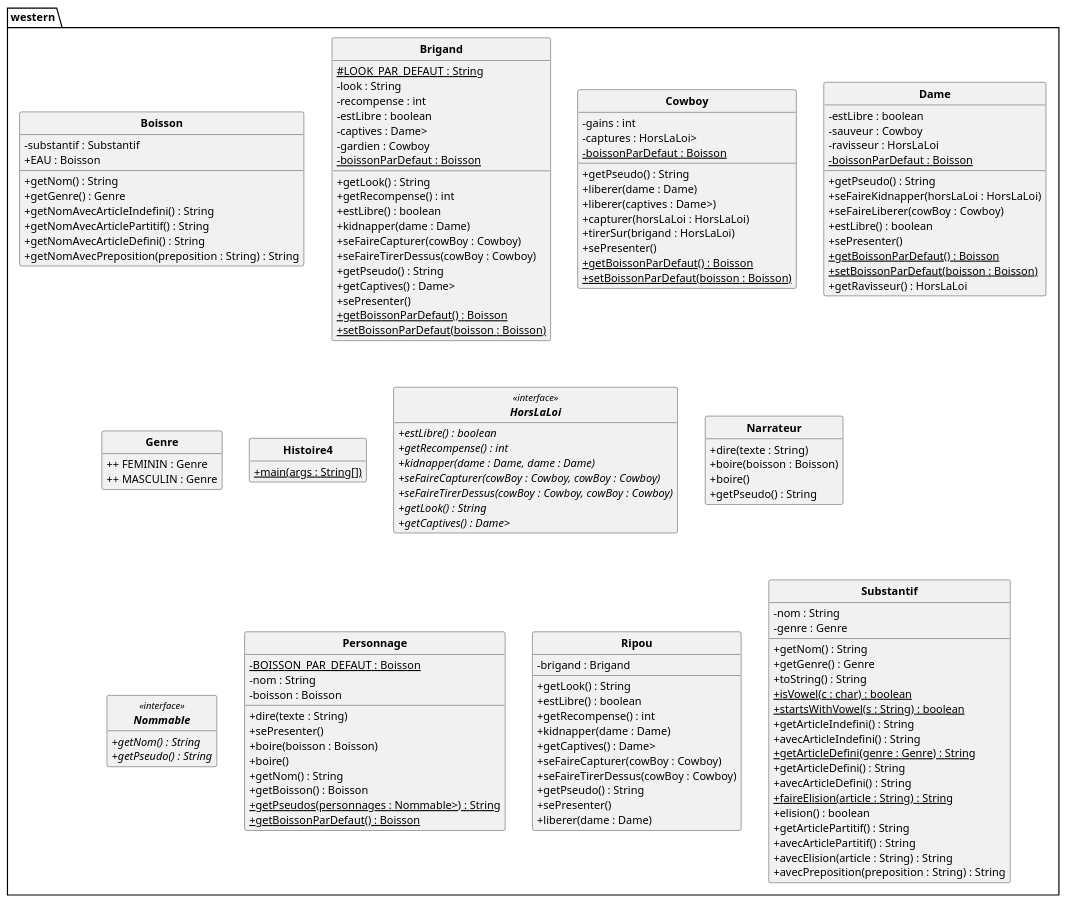
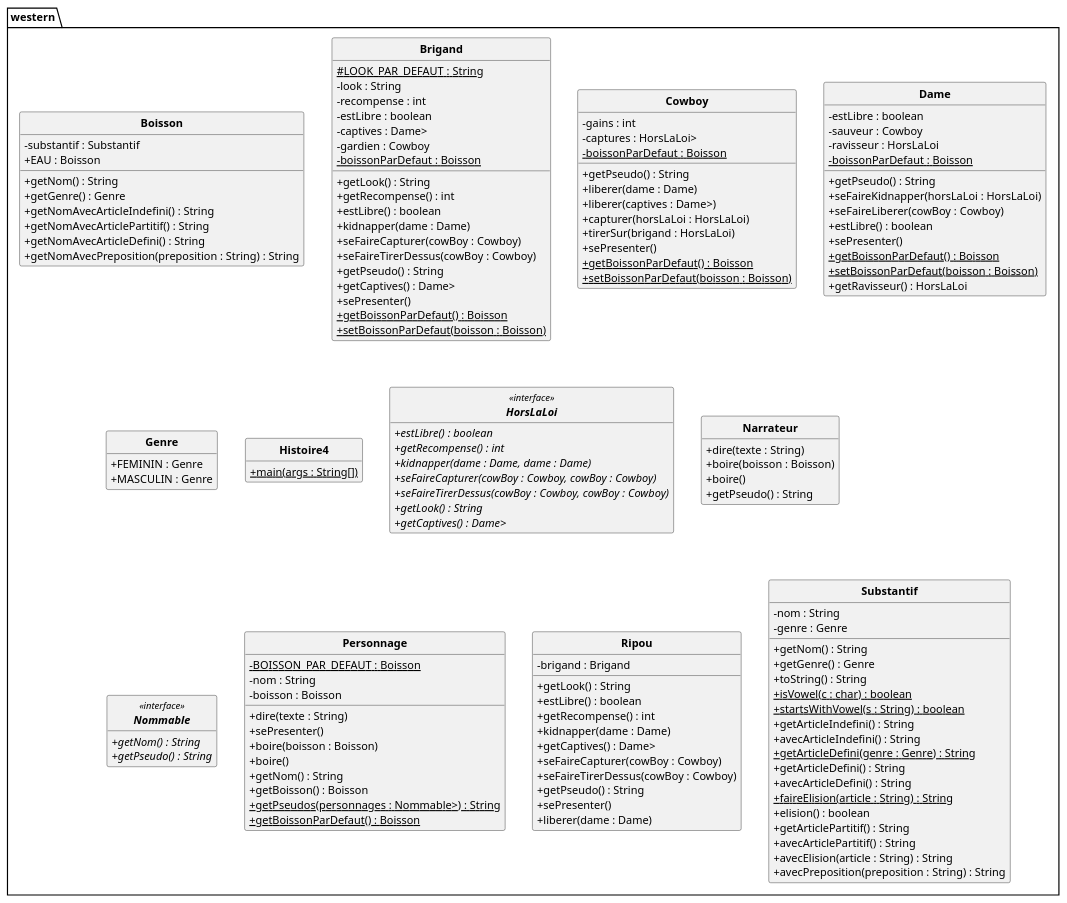
One commit to DimToups/Java-to-PUML-converter changed the diagram in out/production/p21_projet/pumlFromJava/westernClass.puml. Above: the diagram before and after it, drawn with PlantUML. The commit also changed 2 other files, not shown here.

```diff
--- a/out/production/p21_projet/pumlFromJava/westernClass.puml
+++ b/out/production/p21_projet/pumlFromJava/westernClass.puml
@@ -1,153 +1,153 @@
 @startuml
 'https://plantuml.com/class-diagram
 skinparam style strictuml
 skinparam classAttributeIconSize 0
 skinparam classFontStyle Bold
 
 hide empty members
 
 package western{
 class Boisson{
 - substantif : Substantif
 + EAU : Boisson
 + getNom() : String
 + getGenre() : Genre
 + getNomAvecArticleIndefini() : String
 + getNomAvecArticlePartitif() : String
 + getNomAvecArticleDefini() : String
 + getNomAvecPreposition(preposition : String) : String
 }
 
 class Brigand{
 # LOOK_PAR_DEFAUT : String {static}
 - look : String
 - recompense : int
 - estLibre : boolean
 - captives : Dame>
 - gardien : Cowboy
 - boissonParDefaut : Boisson {static}
 + getLook() : String
 + getRecompense() : int
 + estLibre() : boolean
 + kidnapper(dame : Dame)
 + seFaireCapturer(cowBoy : Cowboy)
 + seFaireTirerDessus(cowBoy : Cowboy)
 + getPseudo() : String
 + getCaptives() : Dame>
 + sePresenter()
 + getBoissonParDefaut() {static} : Boisson
 + setBoissonParDefaut(boisson : Boisson) {static}
 }
 
 class Cowboy{
 - gains : int
 - captures : HorsLaLoi>
 - boissonParDefaut : Boisson {static}
 + getPseudo() : String
 + liberer(dame : Dame)
 + liberer(captives : Dame>)
 + capturer(horsLaLoi : HorsLaLoi)
 + tirerSur(brigand : HorsLaLoi)
 + sePresenter()
 + getBoissonParDefaut() {static} : Boisson
 + setBoissonParDefaut(boisson : Boisson) {static}
 }
 
 class Dame{
 - estLibre : boolean
 - sauveur : Cowboy
 - ravisseur : HorsLaLoi
 - boissonParDefaut : Boisson {static}
 + getPseudo() : String
 + seFaireKidnapper(horsLaLoi : HorsLaLoi)
 + seFaireLiberer(cowBoy : Cowboy)
 + estLibre() : boolean
 + sePresenter()
 + getBoissonParDefaut() {static} : Boisson
 + setBoissonParDefaut(boisson : Boisson) {static}
 + getRavisseur() : HorsLaLoi
 }
 
 class Genre{
-+ + FEMININ : Genre
-+ + MASCULIN : Genre
++ FEMININ : Genre
++ MASCULIN : Genre
 }
 
 class Histoire4{
 + main(args : String[]) {static}
 }
 
 interface HorsLaLoi<<interface>>{
 + estLibre() {abstract} : boolean
 + getRecompense() {abstract} : int
 + kidnapper(dame : Dame, dame : Dame) {abstract}
 + seFaireCapturer(cowBoy : Cowboy, cowBoy : Cowboy) {abstract}
 + seFaireTirerDessus(cowBoy : Cowboy, cowBoy : Cowboy) {abstract}
 + getLook() {abstract} : String
 + getCaptives() {abstract} : Dame>
 }
 
 class Narrateur{
 + dire(texte : String)
 + boire(boisson : Boisson)
 + boire()
 + getPseudo() : String
 }
 
 interface Nommable<<interface>>{
 + getNom() {abstract} : String
 + getPseudo() {abstract} : String
 }
 
 class Personnage{
 - BOISSON_PAR_DEFAUT : Boisson {static}
 - nom : String
 - boisson : Boisson
 + dire(texte : String)
 + sePresenter()
 + boire(boisson : Boisson)
 + boire()
 + getNom() : String
 + getBoisson() : Boisson
 + getPseudos(personnages : Nommable>) {static} : String
 + getBoissonParDefaut() {static} : Boisson
 }
 
 class Ripou{
 - brigand : Brigand
 + getLook() : String
 + estLibre() : boolean
 + getRecompense() : int
 + kidnapper(dame : Dame)
 + getCaptives() : Dame>
 + seFaireCapturer(cowBoy : Cowboy)
 + seFaireTirerDessus(cowBoy : Cowboy)
 + getPseudo() : String
 + sePresenter()
 + liberer(dame : Dame)
 }
 
 class Substantif{
 - nom : String
 - genre : Genre
 + getNom() : String
 + getGenre() : Genre
 + toString() : String
 + isVowel(c : char) {static} : boolean
 + startsWithVowel(s : String) {static} : boolean
 + getArticleIndefini() : String
 + avecArticleIndefini() : String
 + getArticleDefini(genre : Genre) {static} : String
 + getArticleDefini() : String
 + avecArticleDefini() : String
 + faireElision(article : String) {static} : String
 + elision() : boolean
 + getArticlePartitif() : String
 + avecArticlePartitif() : String
 + avecElision(article : String) : String
 + avecPreposition(preposition : String) : String
 }
 
 
 }
 @enduml
```
